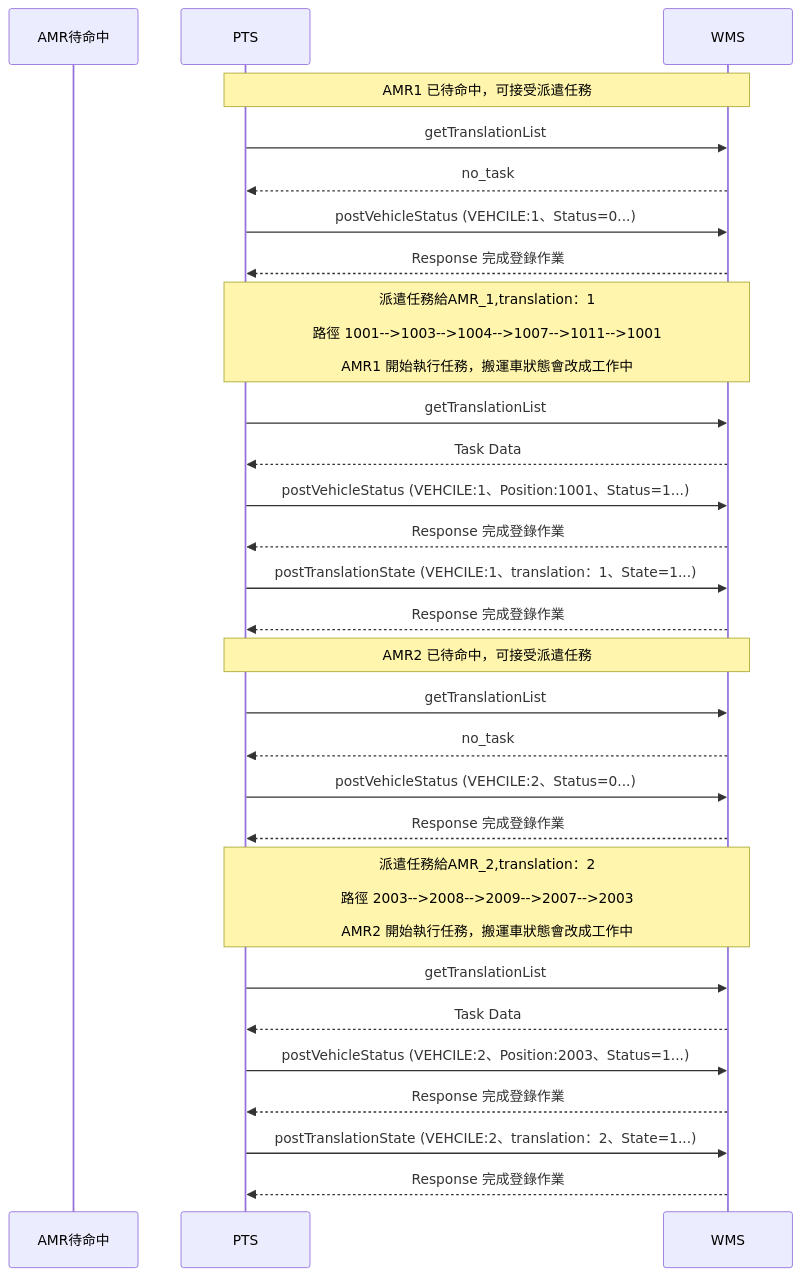
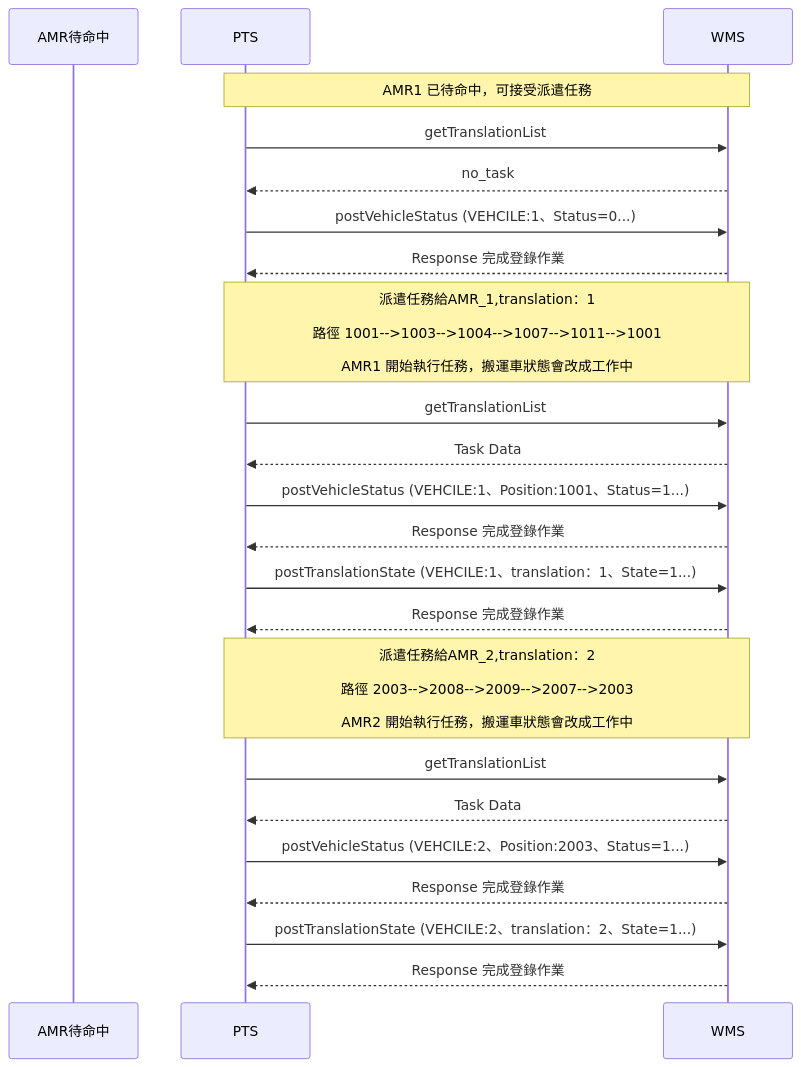
The sixth of 9 diagrams in README.md (athena-tircgo/amr-wms-lsj), drawn with Mermaid before and after one commit.

````diff
--- a/README.md
+++ b/README.md
@@ -340,35 +340,29 @@
 ```mermaid
 sequenceDiagram
     participant AMR待命中
     participant PTS
     participant WMS
 
 note over PTS,WMS: AMR1 已待命中，可接受派遣任務
         PTS->>WMS: getTranslationList
         WMS-->>PTS: no_task
         PTS->>WMS: postVehicleStatus (VEHCILE:1、Status=0...)
         WMS-->>PTS: Response 完成登錄作業
         
 note over PTS,WMS: 派遣任務給AMR_1,translation：1<br><br>路徑 1001-->1003-->1004-->1007-->1011-->1001<br><br>AMR1 開始執行任務，搬運車狀態會改成工作中
      PTS->>WMS: getTranslationList
      WMS-->>PTS: Task Data
      PTS->>WMS: postVehicleStatus (VEHCILE:1、Position:1001、Status=1...)
      WMS-->>PTS: Response 完成登錄作業
      PTS->>WMS: postTranslationState (VEHCILE:1、translation：1、State=1...)
      WMS-->>PTS: Response 完成登錄作業
 
-note over PTS,WMS: AMR2 已待命中，可接受派遣任務
-        PTS->>WMS: getTranslationList
-        WMS-->>PTS: no_task
-        PTS->>WMS: postVehicleStatus (VEHCILE:2、Status=0...)
-        WMS-->>PTS:Response 完成登錄作業
-
 note over PTS,WMS: 派遣任務給AMR_2,translation：2<br><br>路徑 2003-->2008-->2009-->2007-->2003<br><br>AMR2 開始執行任務，搬運車狀態會改成工作中
      PTS->>WMS: getTranslationList
      WMS-->>PTS: Task Data
      PTS->>WMS: postVehicleStatus (VEHCILE:2、Position:2003、Status=1...)
      WMS-->>PTS: Response 完成登錄作業
      PTS->>WMS: postTranslationState (VEHCILE:2、translation：2、State=1...)
      WMS-->>PTS: Response 完成登錄作業
 
 ```
````
